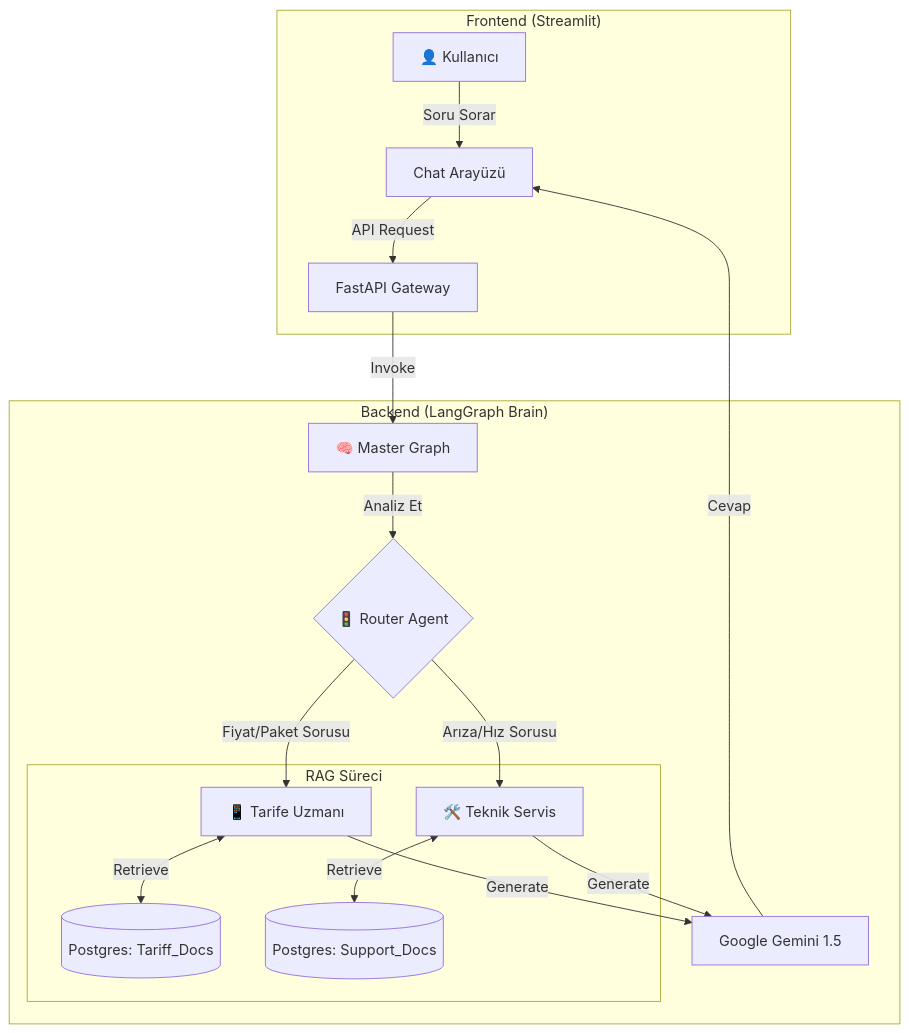
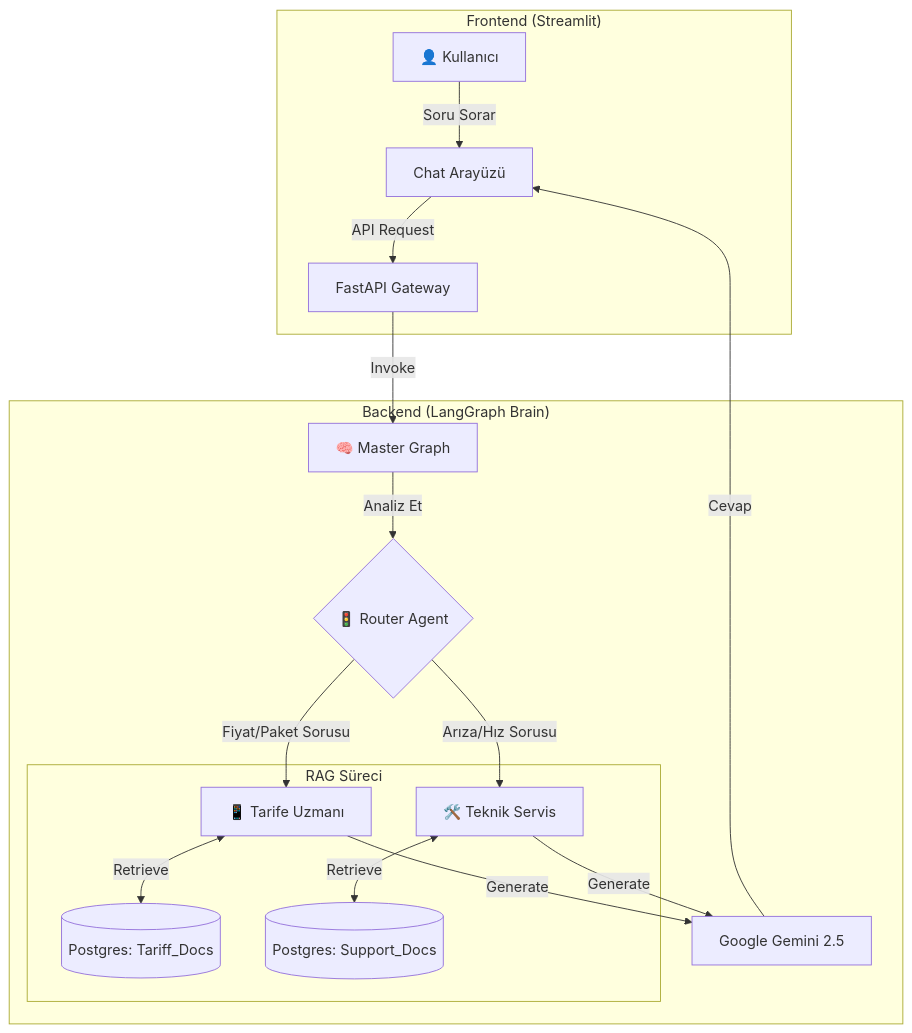
The diagram in README.md (chyp3r/TurkcellChat), drawn with Mermaid before and after one commit.

Commit message:
Update LLM version from 1.5 to 2.5 in README

````diff
--- a/README.md
+++ b/README.md
@@ -50,25 +50,25 @@
 ```mermaid
 graph TD
     subgraph "Frontend (Streamlit)"
         User[👤 Kullanıcı] -->|Soru Sorar| UI[Chat Arayüzü]
         UI -->|API Request| API[FastAPI Gateway]
     end
 
     subgraph "Backend (LangGraph Brain)"
         API -->|Invoke| Master[🧠 Master Graph]
         Master -->|Analiz Et| Router{🚦 Router Agent}
         
         Router -->|Fiyat/Paket Sorusu| Tariff[📱 Tarife Uzmanı]
         Router -->|Arıza/Hız Sorusu| Tech[🛠️ Teknik Servis]
         
         subgraph "RAG Süreci"
             Tariff <-->|Retrieve| DB1[(Postgres: Tariff_Docs)]
             Tech <-->|Retrieve| DB2[(Postgres: Support_Docs)]
         end
         
-        Tariff & Tech -->|Generate| LLM[Google Gemini 1.5]
+        Tariff & Tech -->|Generate| LLM[Google Gemini 2.5]
     end
     
     LLM -->|Cevap| UI
 
 ```
````
